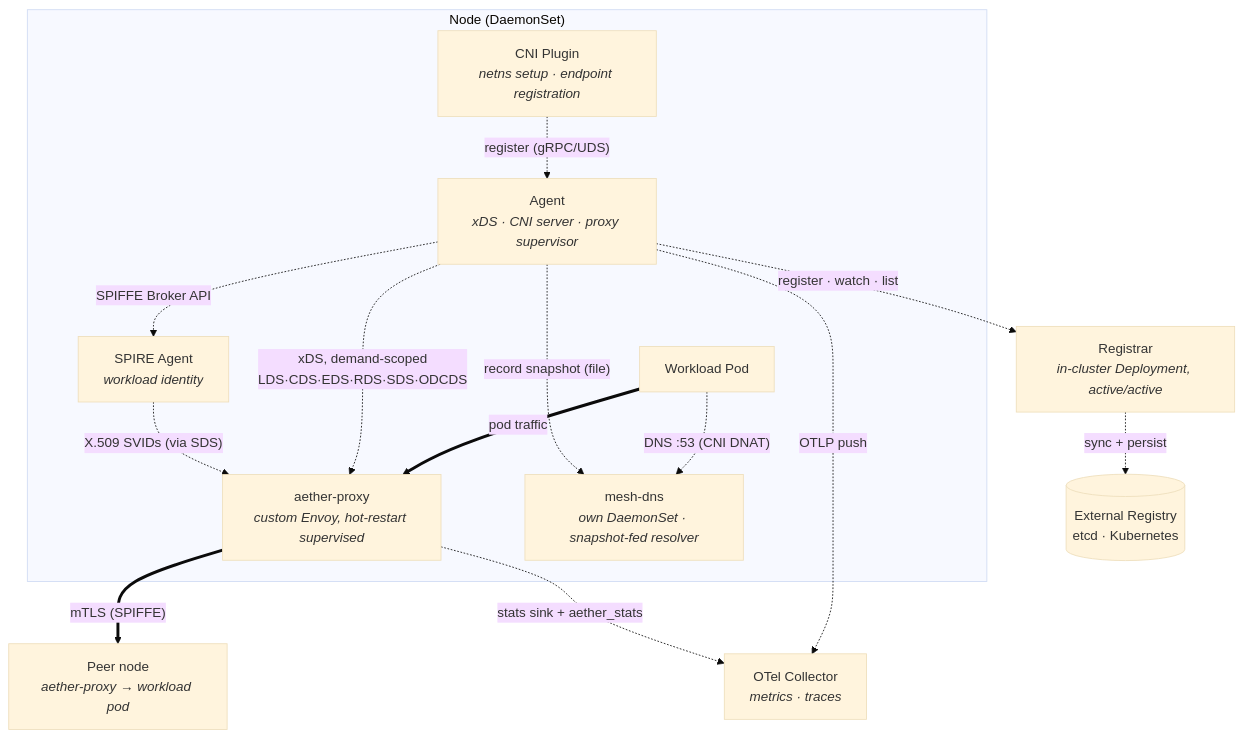
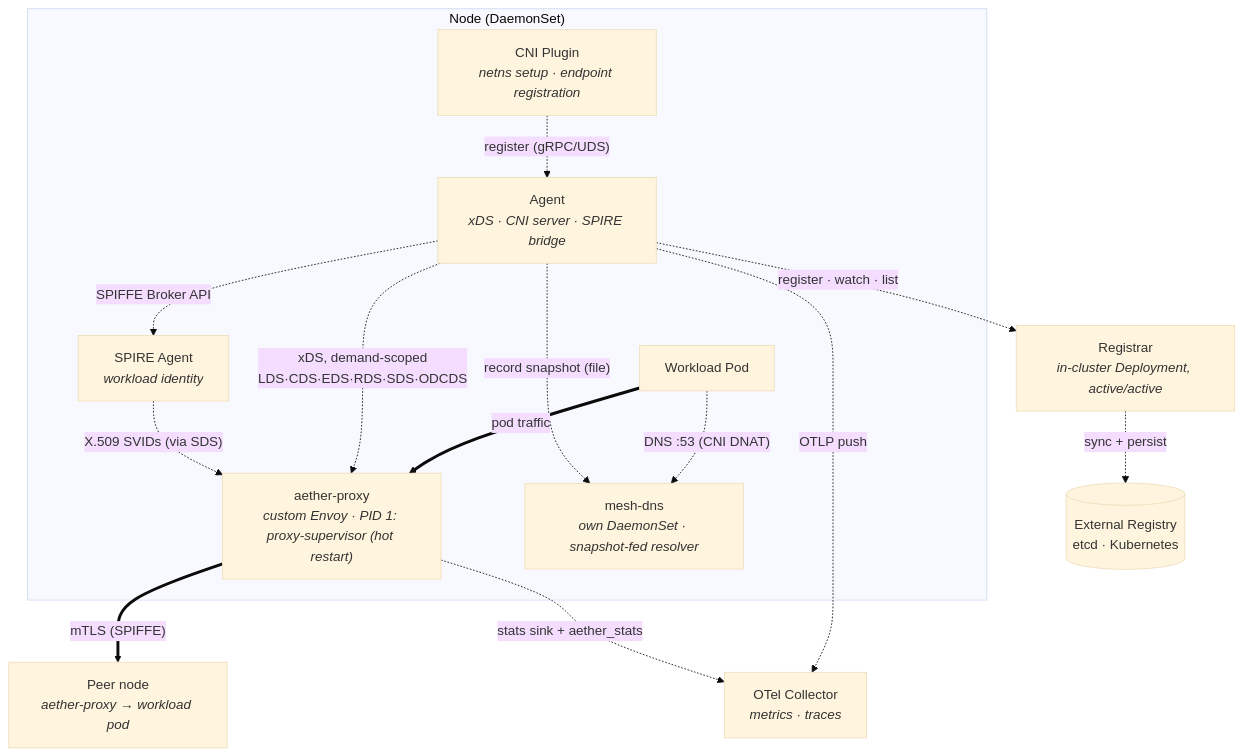
Before and after one commit to bpalermo/aether: the diagram in README.md, drawn with Mermaid (base theme). The commit also changed other lines of this file and 11 other files, not shown here.

First line of the commit message:
docs: refresh after the QUIC/hot-restart work — rollback advice, carried patches, config tables, CLAUDE.md package map

````diff
--- a/README.md
+++ b/README.md
@@ -9,32 +9,32 @@
 ```mermaid
 graph TD
     subgraph node["Node (DaemonSet)"]
         Pod["Workload Pod"]
         CNI["CNI Plugin<br/><i>netns setup · endpoint registration</i>"]
-        Agent["Agent<br/><i>xDS · CNI server · proxy supervisor</i>"]
-        Proxy["aether-proxy<br/><i>custom Envoy, hot-restart supervised</i>"]
+        Agent["Agent<br/><i>xDS · CNI server · SPIRE bridge</i>"]
+        Proxy["aether-proxy<br/><i>custom Envoy · PID 1: proxy-supervisor (hot restart)</i>"]
         MeshDNS["mesh-dns<br/><i>own DaemonSet · snapshot-fed resolver</i>"]
         SPIRE["SPIRE Agent<br/><i>workload identity</i>"]
 
         Pod == "pod traffic" ==> Proxy
         Pod -. "DNS :53 (CNI DNAT)" .-> MeshDNS
         Agent -. "record snapshot (file)" .-> MeshDNS
         CNI -. "register (gRPC/UDS)" .-> Agent
         Agent -. "xDS, demand-scoped<br/>LDS·CDS·EDS·RDS·SDS·ODCDS" .-> Proxy
         Agent -. "SPIFFE Broker API" .-> SPIRE
         SPIRE -. "X.509 SVIDs (via SDS)" .-> Proxy
     end
 
     Peer["Peer node<br/><i>aether-proxy → workload pod</i>"]
     Proxy == "mTLS (SPIFFE)" ==> Peer
 
     Registrar["Registrar<br/><i>in-cluster Deployment, active/active</i>"]
     Agent -. "register · watch · list" .-> Registrar
 
     Registry[("External Registry<br/>etcd · Kubernetes")]
     Registrar -. "sync + persist" .-> Registry
 
     OTel["OTel Collector<br/><i>metrics · traces</i>"]
     Agent -. "OTLP push" .-> OTel
     Proxy -. "stats sink + aether_stats" .-> OTel
 ```
````
